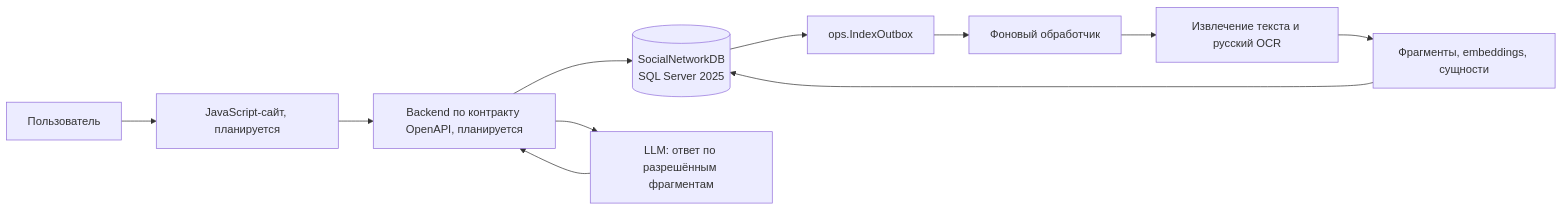
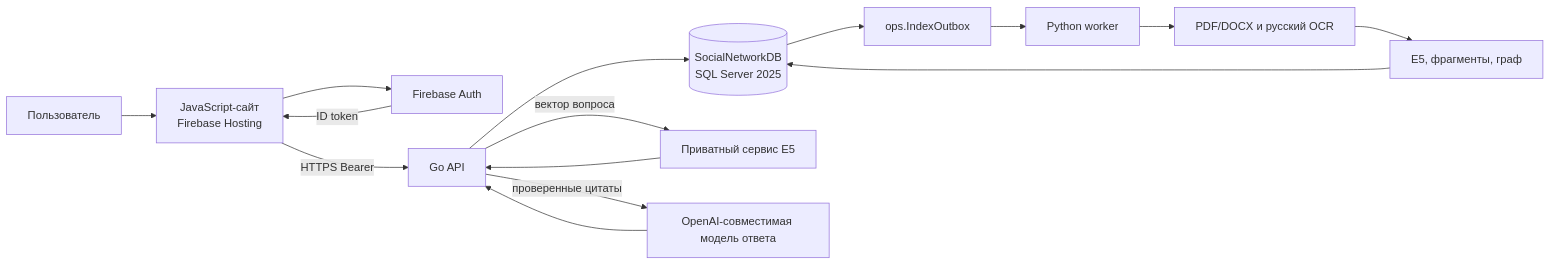
Before and after one commit to lkeey/BIVT-labs: the first of 2 diagrams in 03SQL-CourseWork/docs/architecture.md, drawn with Mermaid. The commit also changed other lines of this file and 48 other files, not shown here.

Commit message:
Implement coursework API, indexing, and web client

````diff
--- a/03SQL-CourseWork/docs/architecture.md
+++ b/03SQL-CourseWork/docs/architecture.md
@@ -10,13 +10,17 @@
 ```mermaid
 flowchart LR
-    USER[Пользователь] --> WEB[JavaScript-сайт, планируется]
-    WEB --> API[Backend по контракту OpenAPI, планируется]
+    USER[Пользователь] --> WEB[JavaScript-сайт<br/>Firebase Hosting]
+    WEB --> AUTH[Firebase Auth]
+    AUTH -->|ID token| WEB
+    WEB -->|HTTPS Bearer| API[Go API]
     API --> DB[(SocialNetworkDB<br/>SQL Server 2025)]
-    API --> LLM[LLM: ответ по разрешённым фрагментам]
+    API -->|вектор вопроса| EMBED_API[Приватный сервис E5]
+    API -->|проверенные цитаты| LLM[OpenAI-совместимая модель ответа]
     DB --> OUTBOX[ops.IndexOutbox]
-    OUTBOX --> WORKER[Фоновый обработчик]
-    WORKER --> OCR[Извлечение текста и русский OCR]
-    OCR --> EMBED[Фрагменты, embeddings, сущности]
+    OUTBOX --> WORKER[Python worker]
+    WORKER --> OCR[PDF/DOCX и русский OCR]
+    OCR --> EMBED[E5, фрагменты, граф]
     EMBED --> DB
+    EMBED_API --> API
     LLM --> API
 ```
````
